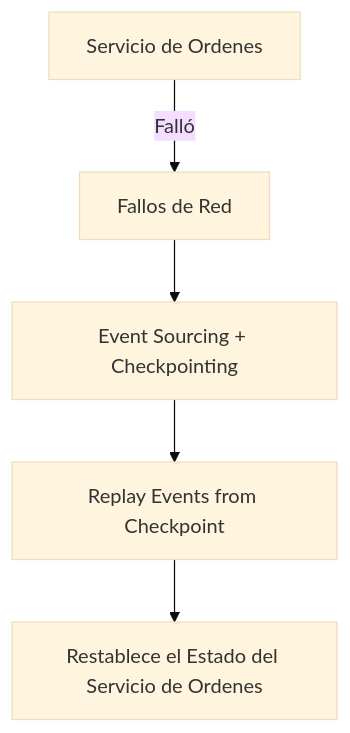
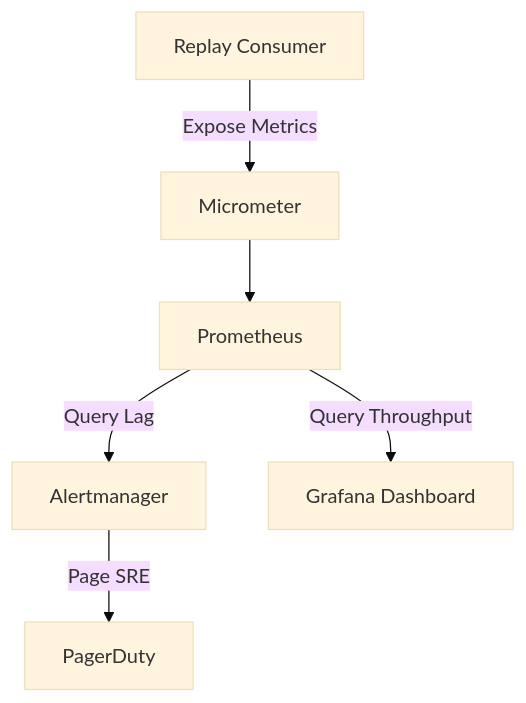
The fourth of 8 diagrams in _Review/event_replay_y_reconstruccion_de_estado_con_kafka/event_replay_y_reconstruccion_de_estado_con_kafka.md (Joaquinriosheredia/DAM-Java-Mastery), drawn with Mermaid (base theme) before and after one commit. The commit also changed other lines of this file, not shown here.

Commit message:
Event Replay y Reconstrucción de Estado con Kafka en Java 21

````diff
--- a/_Review/event_replay_y_reconstruccion_de_estado_con_kafka/event_replay_y_reconstruccion_de_estado_con_kafka.md
+++ b/_Review/event_replay_y_reconstruccion_de_estado_con_kafka/event_replay_y_reconstruccion_de_estado_con_kafka.md
@@ -787,7 +264,8 @@
 ```mermaid
 graph TD
-    A[Servicio de Ordenes] -->|Falló| B[Fallos de Red]
-    B --> C[Event Sourcing + Checkpointing]
-    C --> D[Replay Events from Checkpoint]
-    D --> E[Restablece el Estado del Servicio de Ordenes]
+    A[Replay Consumer] -->|Expose Metrics| B[Micrometer]
+    B --> C[Prometheus]
+    C -->|Query Lag| D[Alertmanager]
+    C -->|Query Throughput| E[Grafana Dashboard]
+    D -->|Page SRE| F[PagerDuty]
 ```
````
